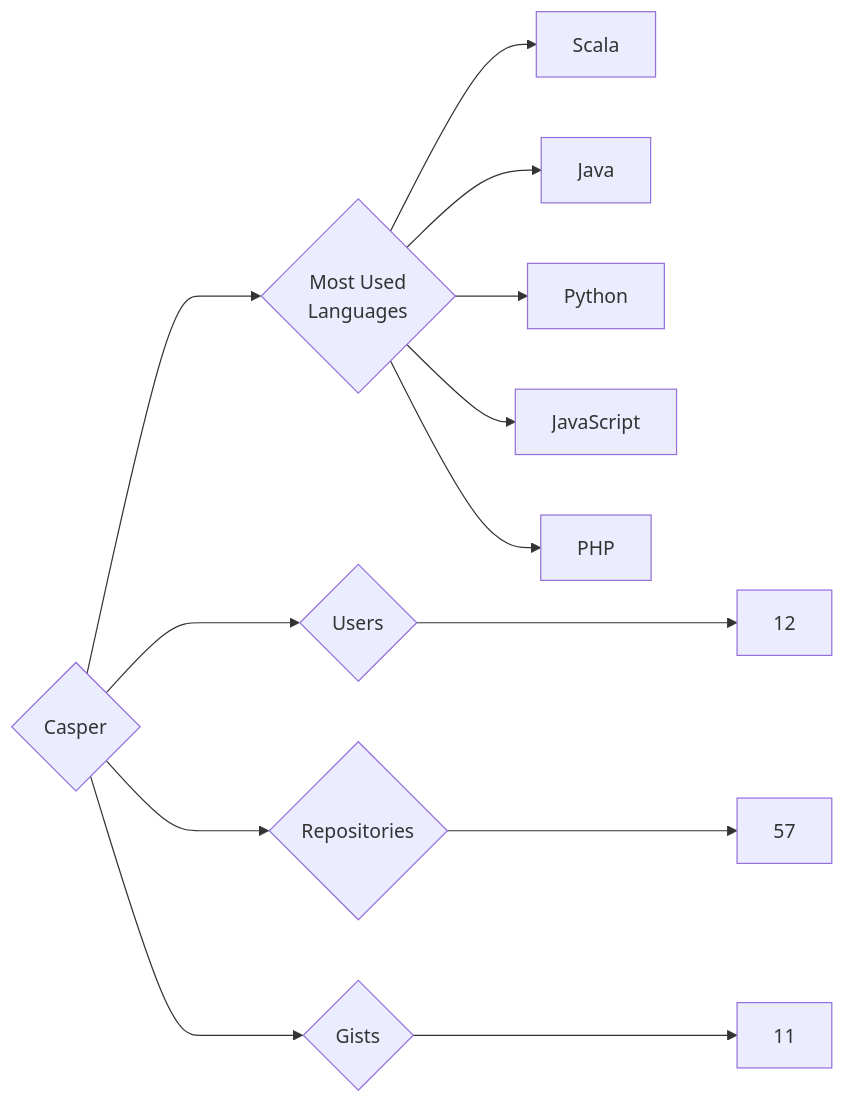
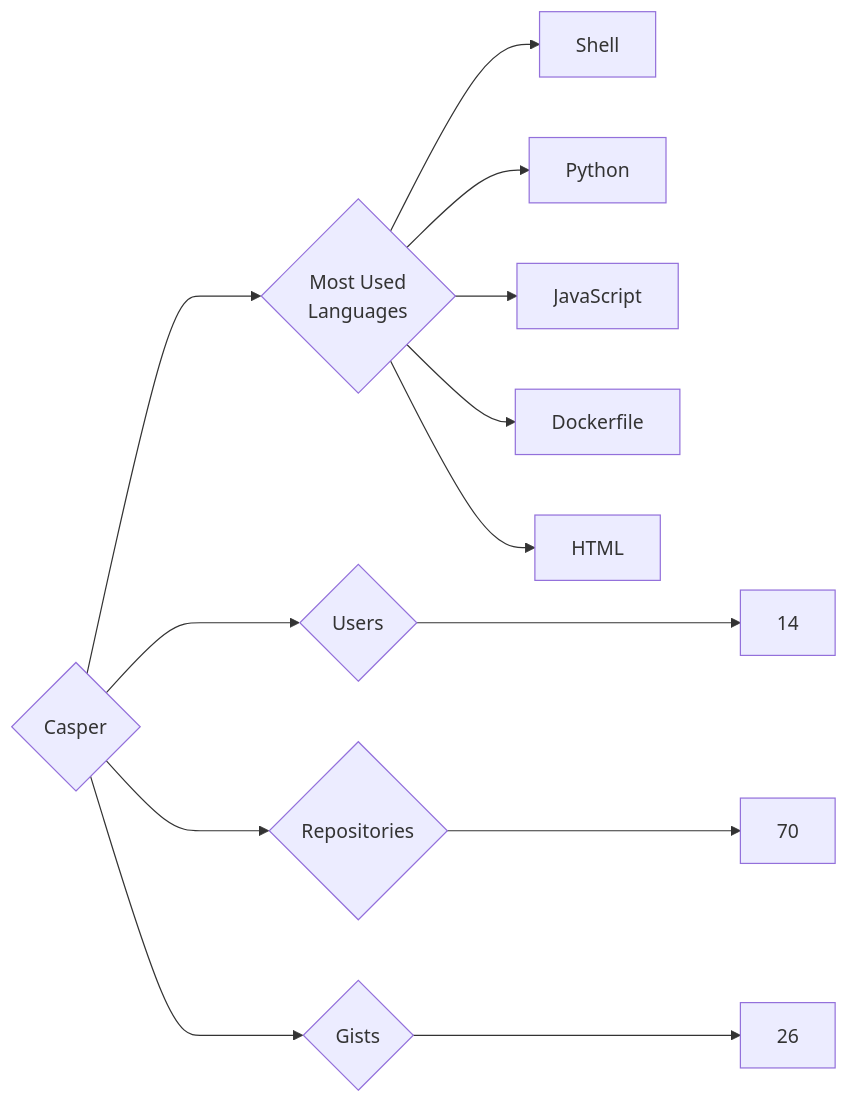
Before and after one commit to trickest/insiders: the diagram in targets/Casper/README.md, drawn with Mermaid. The commit also changed 681 other files, not shown here.

````diff
--- a/targets/Casper/README.md
+++ b/targets/Casper/README.md
@@ -3,13 +3,13 @@
 ```mermaid
 graph LR
 COMPANY_NAME{Casper}
-COMPANY_NAME ---> U{Users} ---> UN[12]
-COMPANY_NAME ---> R{Repositories} ---> RN[57]
-COMPANY_NAME ---> G{Gists} ---> GN[11]
+COMPANY_NAME ---> U{Users} ---> UN[14]
+COMPANY_NAME ---> R{Repositories} ---> RN[70]
+COMPANY_NAME ---> G{Gists} ---> GN[26]
 COMPANY_NAME ---> ML{Most Used<br>Languages}
-ML --> Scala[Scala]
-ML --> Java[Java]
+ML --> Shell[Shell]
 ML --> Python[Python]
 ML --> JavaScript[JavaScript]
-ML --> PHP[PHP]
+ML --> Dockerfile[Dockerfile]
+ML --> HTML[HTML]
 ```
````
